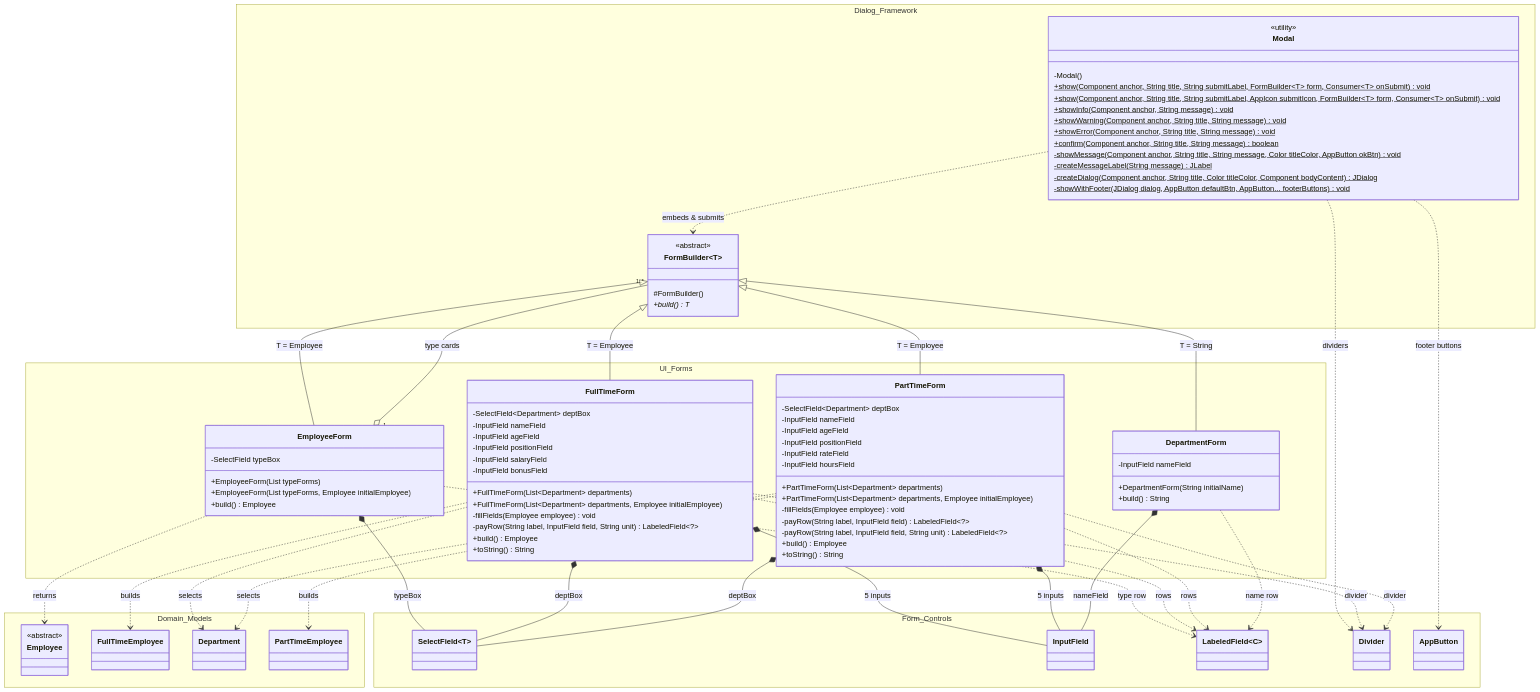
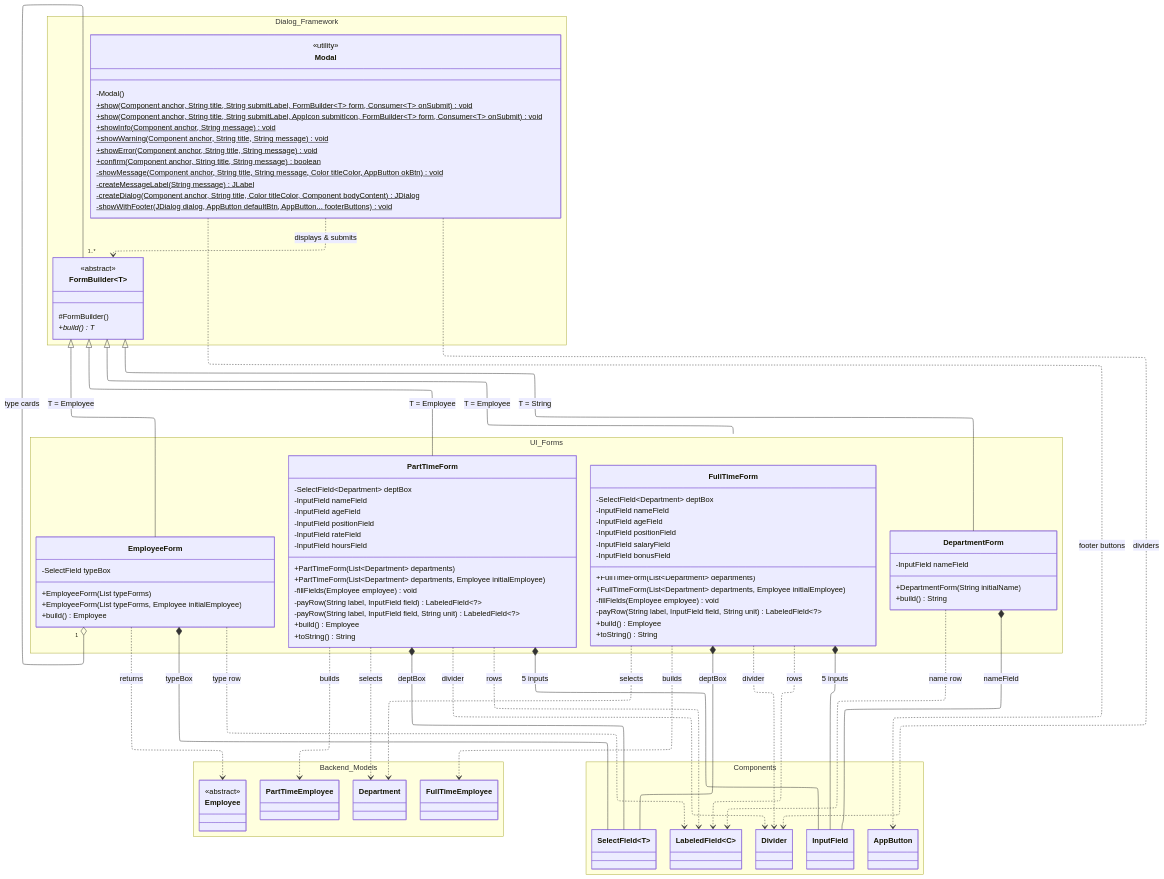
The third of 5 diagrams in UML Design/frontend-class-diagram.md (ZiedDev/programming2-project2), drawn with Mermaid before and after one commit. The commit also changed other lines of this file and 1 other file, not shown here.

Commit message:
add orthogonal lines to frontend and backend diagrams

````diff
--- a/UML Design/frontend-class-diagram.md
+++ b/UML Design/frontend-class-diagram.md
@@ -278,4 +286,8 @@
 ```mermaid
+---
+config:
+  layout: elk
+---
 classDiagram
     direction TB
 
@@ -348,7 +360,7 @@
         }
     }
 
-    namespace Domain_Models {
+    namespace Backend_Models {
         class Employee {
             <<abstract>>
         }
@@ -357,7 +369,7 @@
         class PartTimeEmployee
     }
 
-    namespace Form_Controls {
+    namespace Components {
         class SelectField~T~
         class InputField
         class LabeledField~C~
@@ -366,7 +378,7 @@
     }
 
     %% Modal & FormBase
-    Modal ..> FormBuilder~T~ : embeds & submits
+    Modal ..> FormBuilder~T~ : displays & submits
     Modal ..> Divider : dividers
     Modal ..> AppButton : footer buttons
 
````
